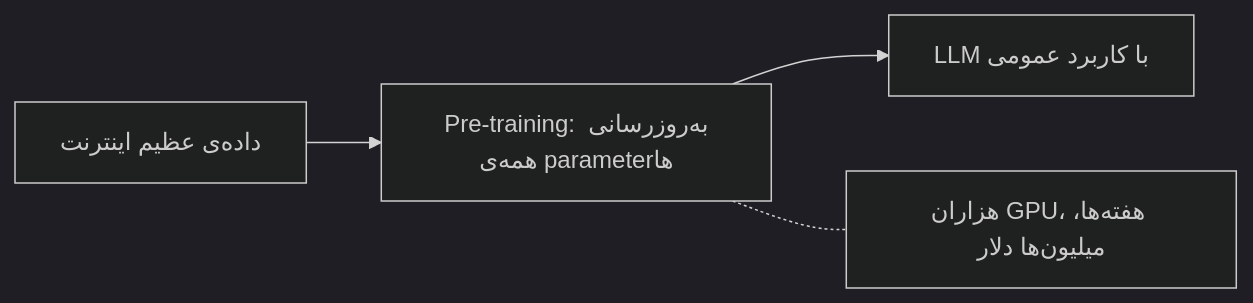
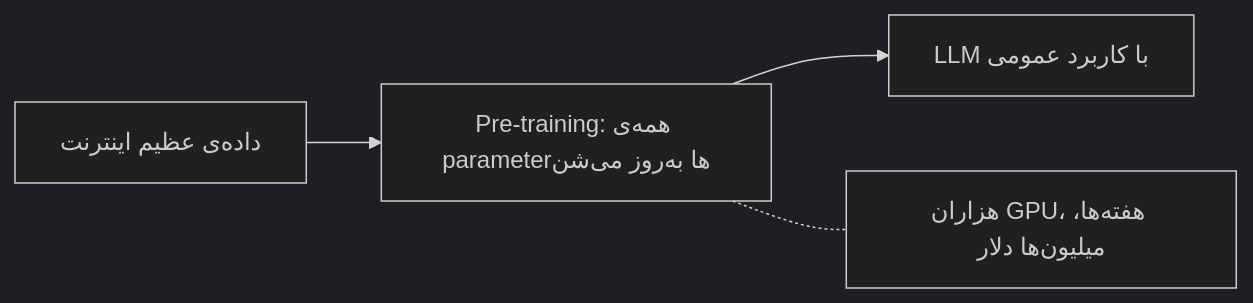
One commit to lokumai/ai-engineering-bazaar changed the first of 4 diagrams in mini-courses/1_fundamentals/training_fa.md. Above: the diagram before and after it, drawn with Mermaid (dark theme). The commit also changed other lines of this file and 63 other files, not shown here.

````diff
--- a/mini-courses/1_fundamentals/training_fa.md
+++ b/mini-courses/1_fundamentals/training_fa.md
@@ -27,6 +27,6 @@
 ```mermaid
 graph LR
-    A["داده‌ی عظیم اینترنت"] --> B["Pre-training: به‌روزرسانی همه‌ی parameter‌ها"]
+    A["داده‌ی عظیم اینترنت"] --> B["Pre-training: همه‌ی parameter‌ها به‌روز می‌شن"]
     B --> C["LLM با کاربرد عمومی"]
     B -.- D["هزاران GPU، هفته‌ها، میلیون‌ها دلار"]
 ```
````
